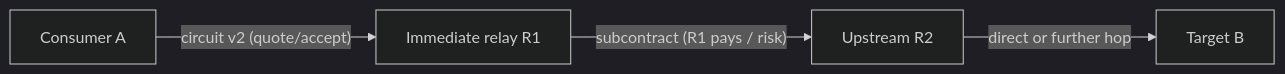
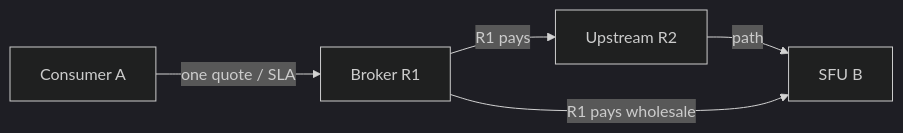
The diagram in projects/media-hop-reachability/MULTI_HOP_CIRCUIT.md (people-post/pp-browser), drawn with Mermaid (dark theme) before and after one commit. The commit also changed other lines of this file and 6 other files, not shown here.

First line of the commit message:
docs: broker pricing (N024) and configurable hop cap (default 3)

````diff
--- a/projects/media-hop-reachability/MULTI_HOP_CIRCUIT.md
+++ b/projects/media-hop-reachability/MULTI_HOP_CIRCUIT.md
@@ -50,10 +50,11 @@
 ```mermaid
 flowchart LR
   A[Consumer A]
-  R1[Immediate relay R1]
+  R1[Broker R1]
   R2[Upstream R2]
-  B[Target B]
-  A -->|"circuit v2 (quote/accept)"| R1
-  R1 -->|"subcontract (R1 pays / risk)"| R2
-  R2 -->|"direct or further hop"| B
+  B[SFU B]
+  A -->|"one quote / SLA"| R1
+  R1 -->|"R1 pays"| R2
+  R2 -->|"path"| B
+  R1 -->|"R1 pays wholesale"| B
 ```
````
